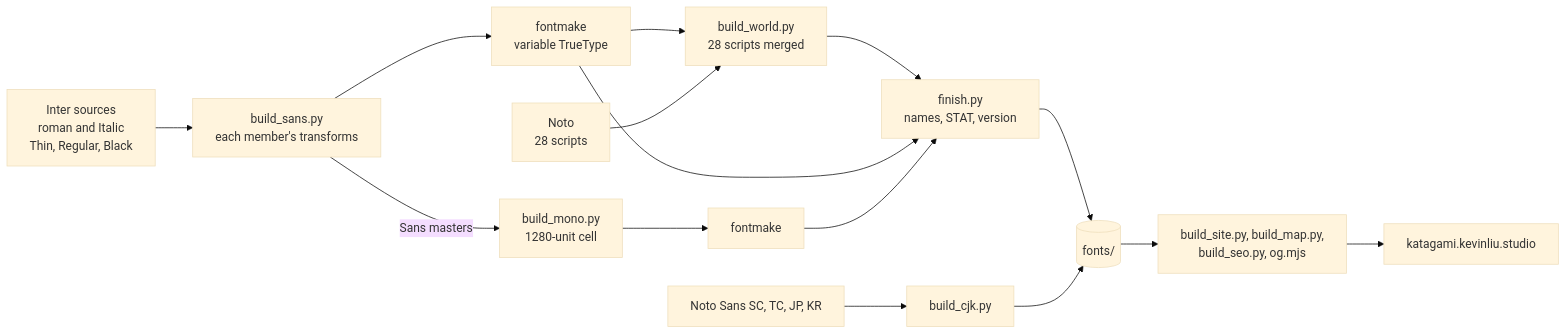
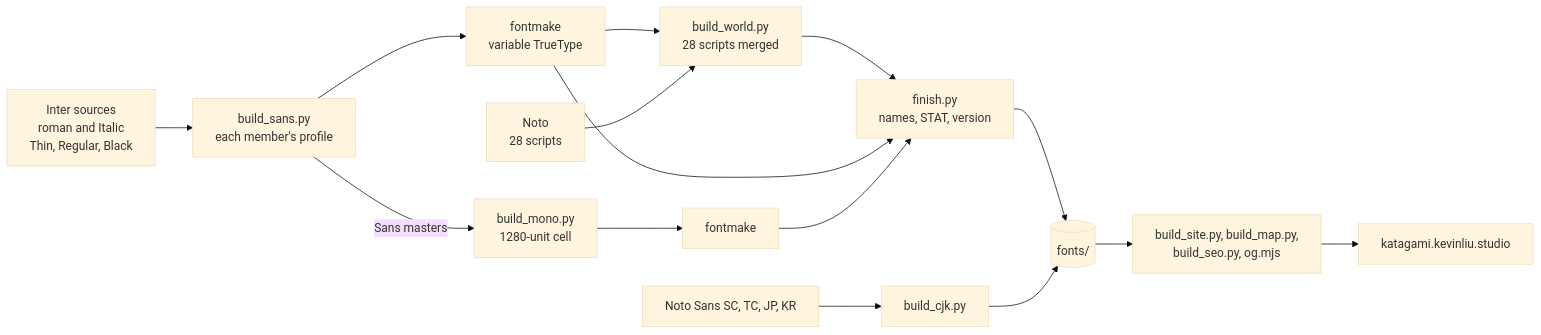
Before and after one commit to Kevin-Liu-01/Katagami: the diagram in README.md, drawn with Mermaid (base theme). The commit also changed other lines of this file and 22 other files, not shown here.

````diff
--- a/README.md
+++ b/README.md
@@ -113,17 +156,17 @@
 ```mermaid
 flowchart LR
-  inter["Inter sources<br/>roman and Italic<br/>Thin, Regular, Black"] --> sans["build_sans.py<br/>each member's transforms"]
+  inter["Inter sources<br/>roman and Italic<br/>Thin, Regular, Black"] --> sans["build_sans.py<br/>each member's profile"]
   sans --> fontmake["fontmake<br/>variable TrueType"]
   fontmake --> world["build_world.py<br/>28 scripts merged"]
   noto["Noto<br/>28 scripts"] --> world
   sans -- "Sans masters" --> mono["build_mono.py<br/>1280-unit cell"]
   mono --> fontmake2["fontmake"]
   notocjk["Noto Sans SC, TC, JP, KR"] --> cjk["build_cjk.py"]
   world --> finish["finish.py<br/>names, STAT, version"]
   fontmake --> finish
   fontmake2 --> finish
   finish --> fonts[("fonts/")]
   cjk --> fonts
   fonts --> site["build_site.py, build_map.py,<br/>build_seo.py, og.mjs"]
   site --> web["katagami.kevinliu.studio"]
 ```
````
